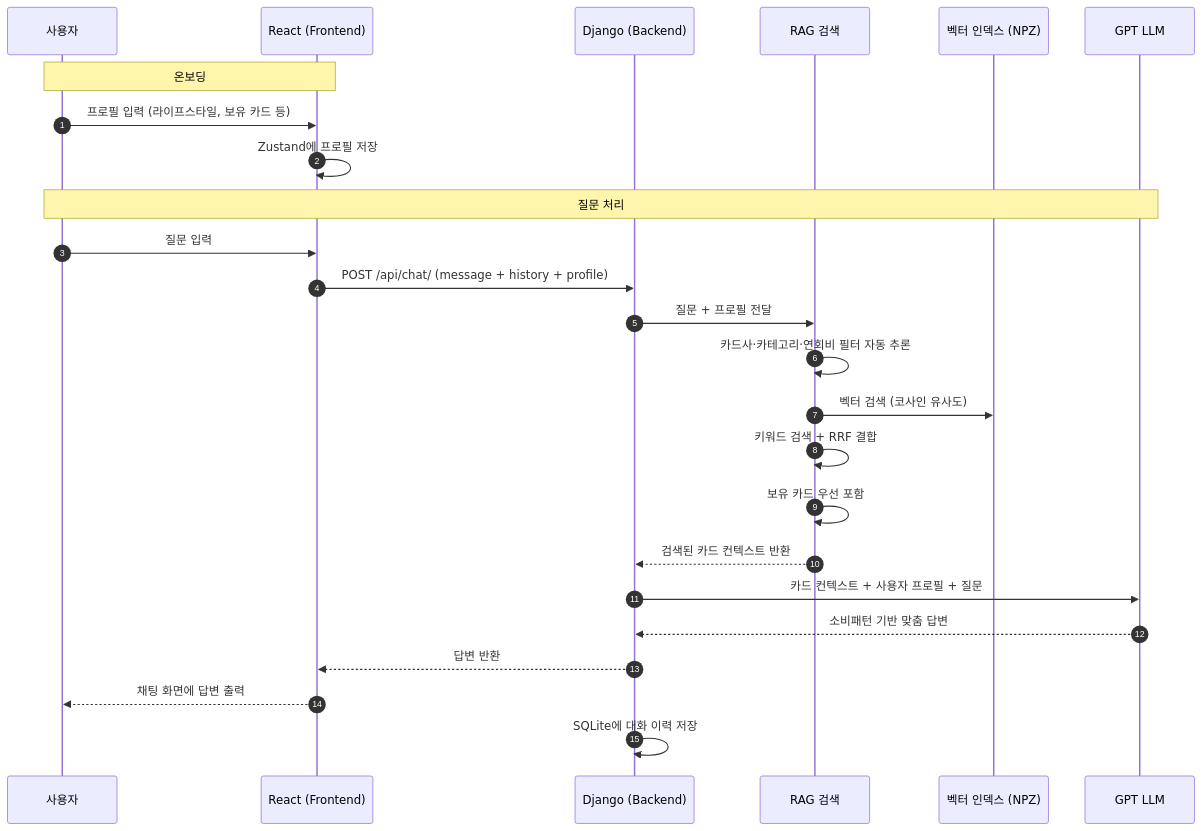
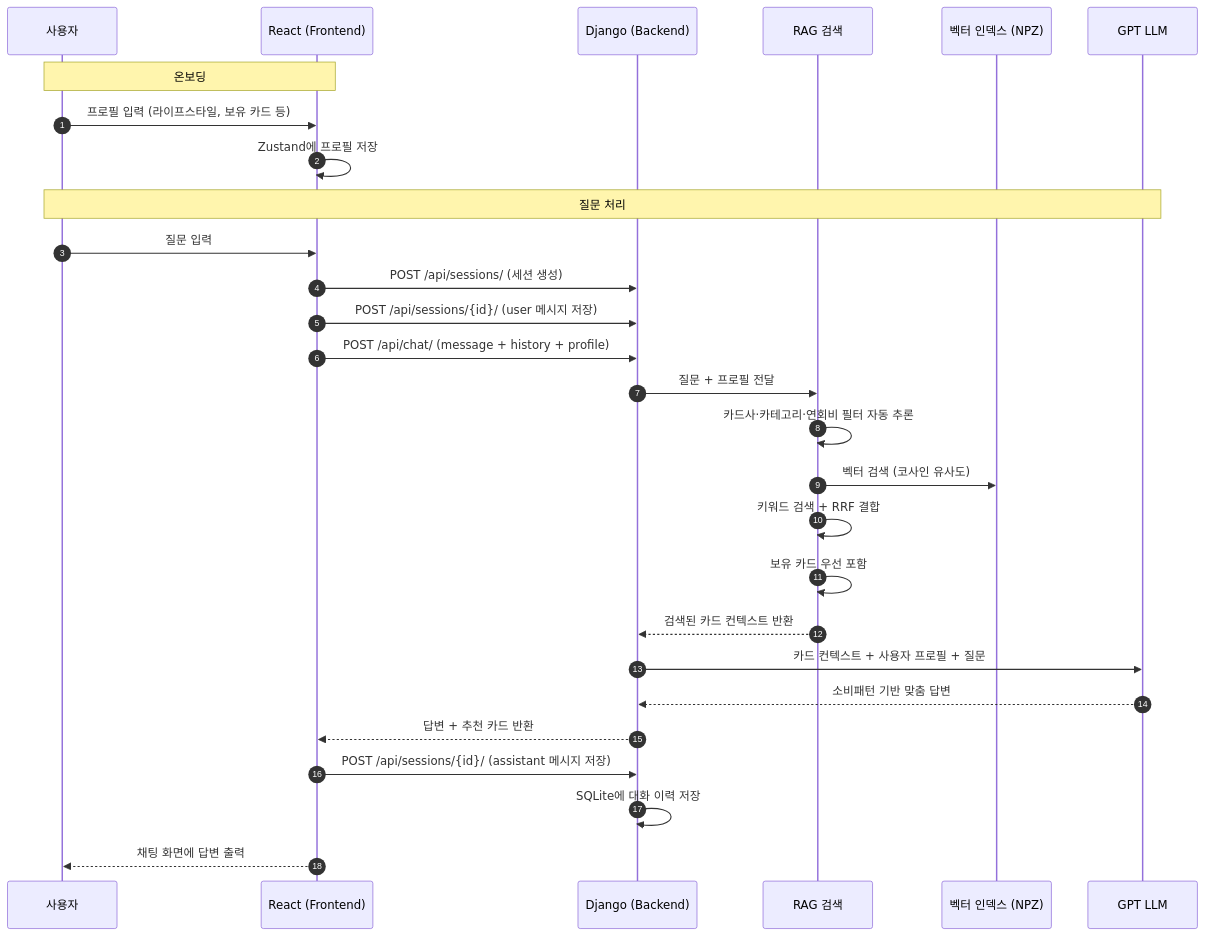
One commit to SKNETWORKS-FAMILY-AICAMP/SKN25-4th-6Team changed the third of 3 diagrams in README.md. Above: the diagram before and after it, drawn with Mermaid. The commit also changed other lines of this file, not shown here.

````diff
--- a/README.md
+++ b/README.md
@@ -281,29 +283,32 @@
 ```mermaid
 sequenceDiagram
     autonumber
     participant U as 사용자
     participant F as React (Frontend)
     participant D as Django (Backend)
     participant R as RAG 검색
     participant V as 벡터 인덱스 (NPZ)
     participant L as GPT LLM
  
     Note over U,F: 온보딩
     U->>F: 프로필 입력 (라이프스타일, 보유 카드 등)
     F->>F: Zustand에 프로필 저장
  
     Note over U,L: 질문 처리
     U->>F: 질문 입력
+    F->>D: POST /api/sessions/ (세션 생성)
+    F->>D: POST /api/sessions/{id}/ (user 메시지 저장)
     F->>D: POST /api/chat/ (message + history + profile)
     D->>R: 질문 + 프로필 전달
     R->>R: 카드사·카테고리·연회비 필터 자동 추론
     R->>V: 벡터 검색 (코사인 유사도)
     R->>R: 키워드 검색 + RRF 결합
     R->>R: 보유 카드 우선 포함
     R-->>D: 검색된 카드 컨텍스트 반환
     D->>L: 카드 컨텍스트 + 사용자 프로필 + 질문
     L-->>D: 소비패턴 기반 맞춤 답변
-    D-->>F: 답변 반환
+    D-->>F: 답변 + 추천 카드 반환
+    F->>D: POST /api/sessions/{id}/ (assistant 메시지 저장)
+    D->>D: SQLite에 대화 이력 저장
     F-->>U: 채팅 화면에 답변 출력
-    D->>D: SQLite에 대화 이력 저장
 ```
````
